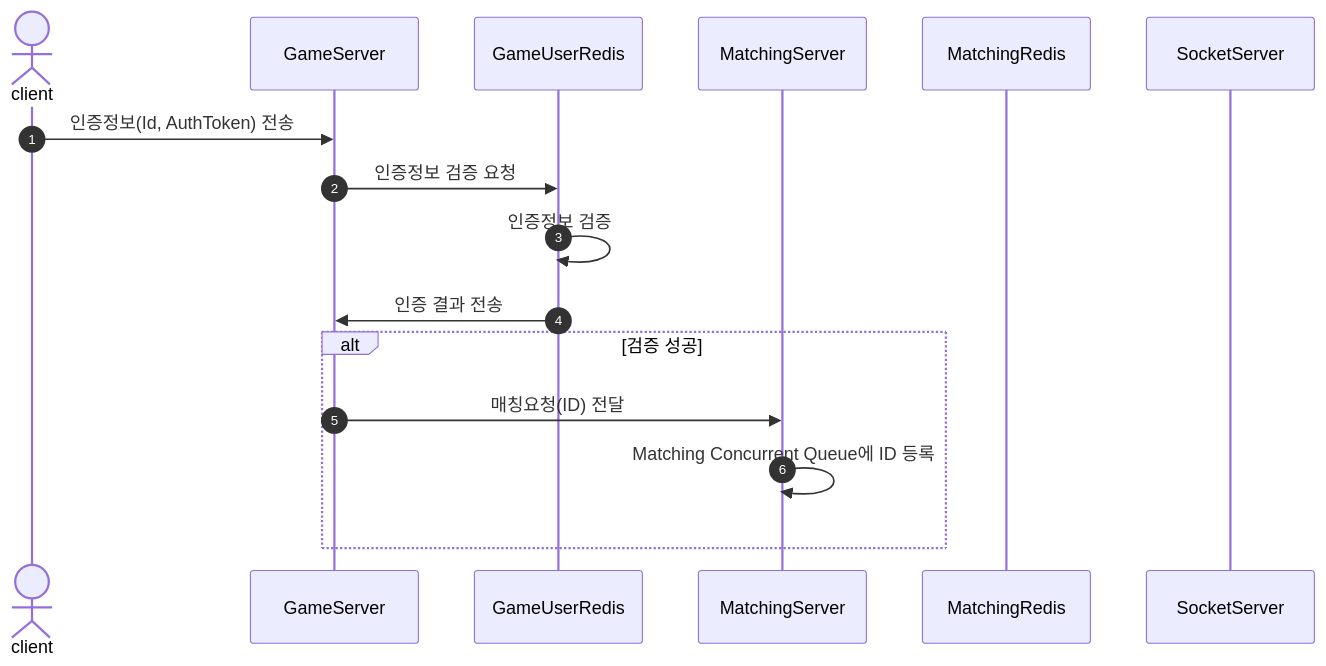
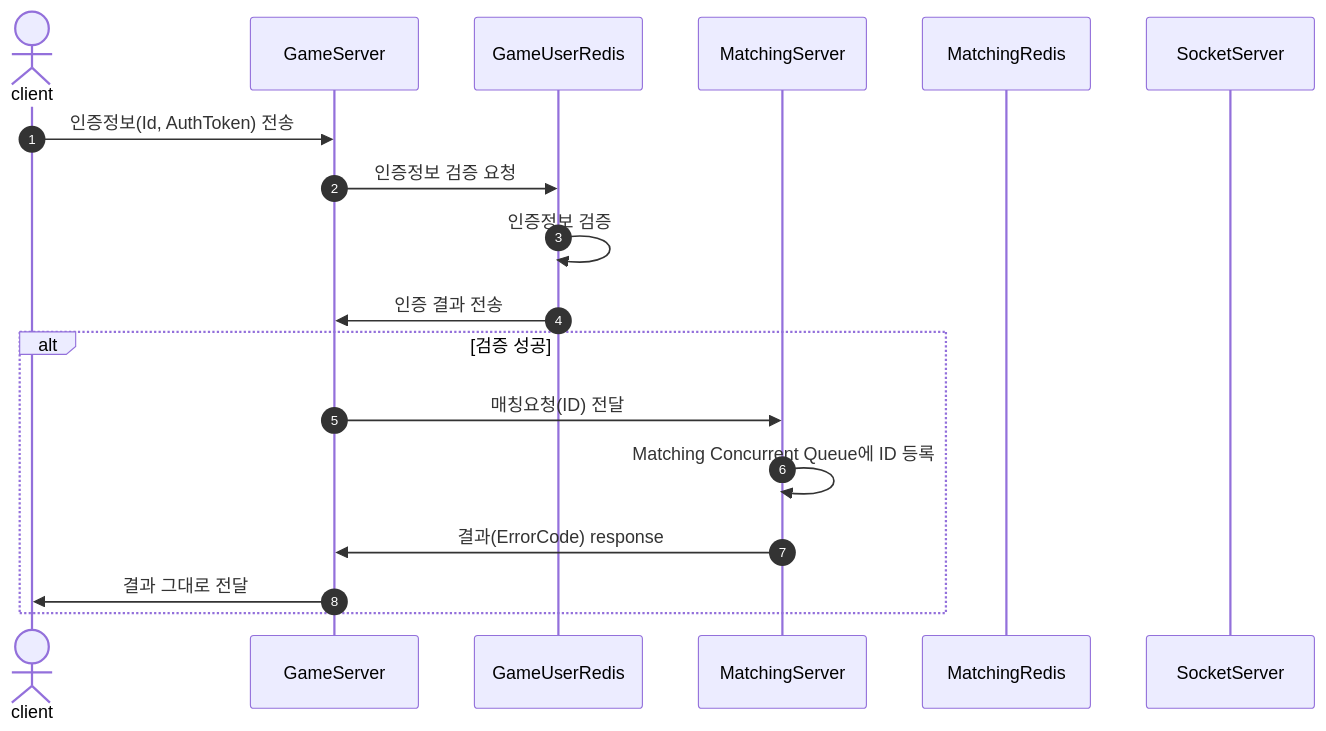
One commit to hhes0225/OmokServer changed the diagram in MatchingSequence.md. Above: the diagram before and after it, drawn with Mermaid.

````diff
--- a/MatchingSequence.md
+++ b/MatchingSequence.md
@@ -4,20 +4,22 @@
 ```mermaid
 sequenceDiagram
   autonumber
   actor A as client
   participant B as GameServer
   participant C as GameUserRedis
   participant D as MatchingServer
   participant E as MatchingRedis
   participant F as SocketServer
 
   A->>B: 인증정보(Id, AuthToken) 전송
   B->>C: 인증정보 검증 요청
   C->>C: 인증정보 검증
   C->>B: 인증 결과 전송
 
   alt 검증 성공
     B->>D: 매칭요청(ID) 전달
     D->>D: Matching Concurrent Queue에 ID 등록
+    D->>B: 결과(ErrorCode) response
+    B->>A: 결과 그대로 전달
   end
 ```
````
